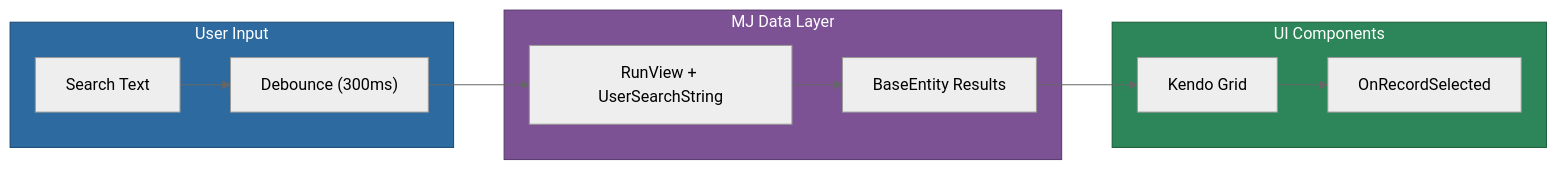
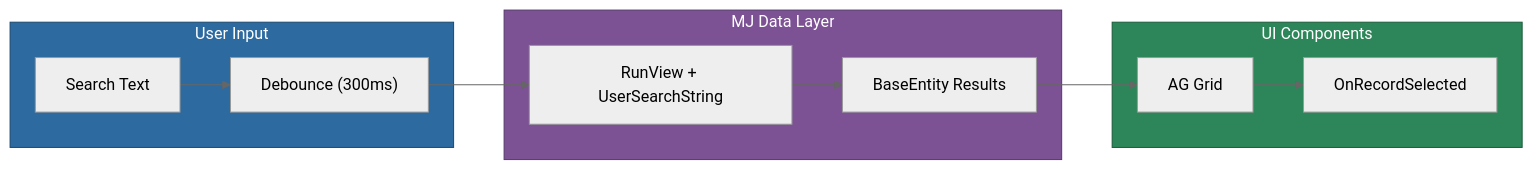
One commit to MemberJunction/MJ changed the diagram in packages/Angular/Generic/find-record/README.md. Above: the diagram before and after it, drawn with Mermaid (neutral theme). The commit also changed other lines of this file and 117 other files, not shown here.

````diff
--- a/packages/Angular/Generic/find-record/README.md
+++ b/packages/Angular/Generic/find-record/README.md
@@ -15,18 +15,18 @@
 ```mermaid
 flowchart LR
     subgraph Input["User Input"]
         A["Search Text"] --> B["Debounce (300ms)"]
     end
     subgraph API["MJ Data Layer"]
         B --> C["RunView + UserSearchString"]
         C --> D["BaseEntity Results"]
     end
     subgraph Display["UI Components"]
-        D --> E["Kendo Grid"]
+        D --> E["AG Grid"]
         E --> F["OnRecordSelected"]
     end
 
     style Input fill:#2d6a9f,stroke:#1a4971,color:#fff
     style API fill:#7c5295,stroke:#563a6b,color:#fff
     style Display fill:#2d8659,stroke:#1a5c3a,color:#fff
 ```
````
